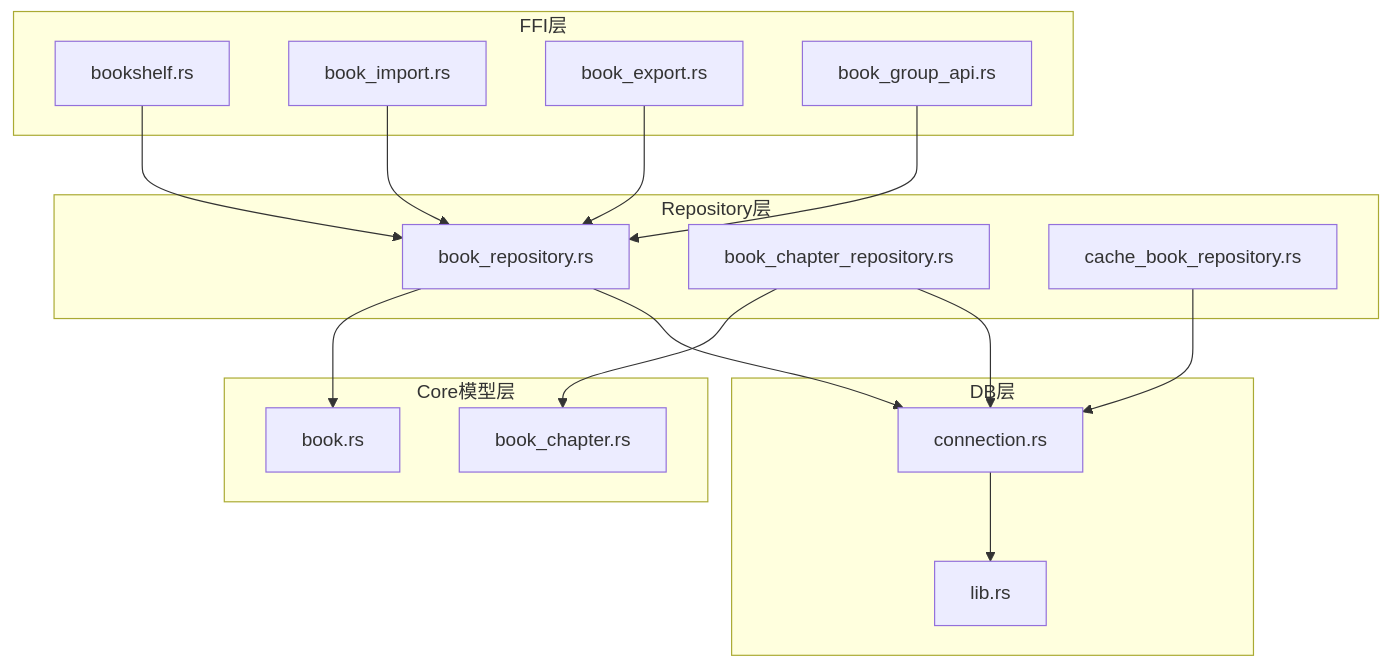
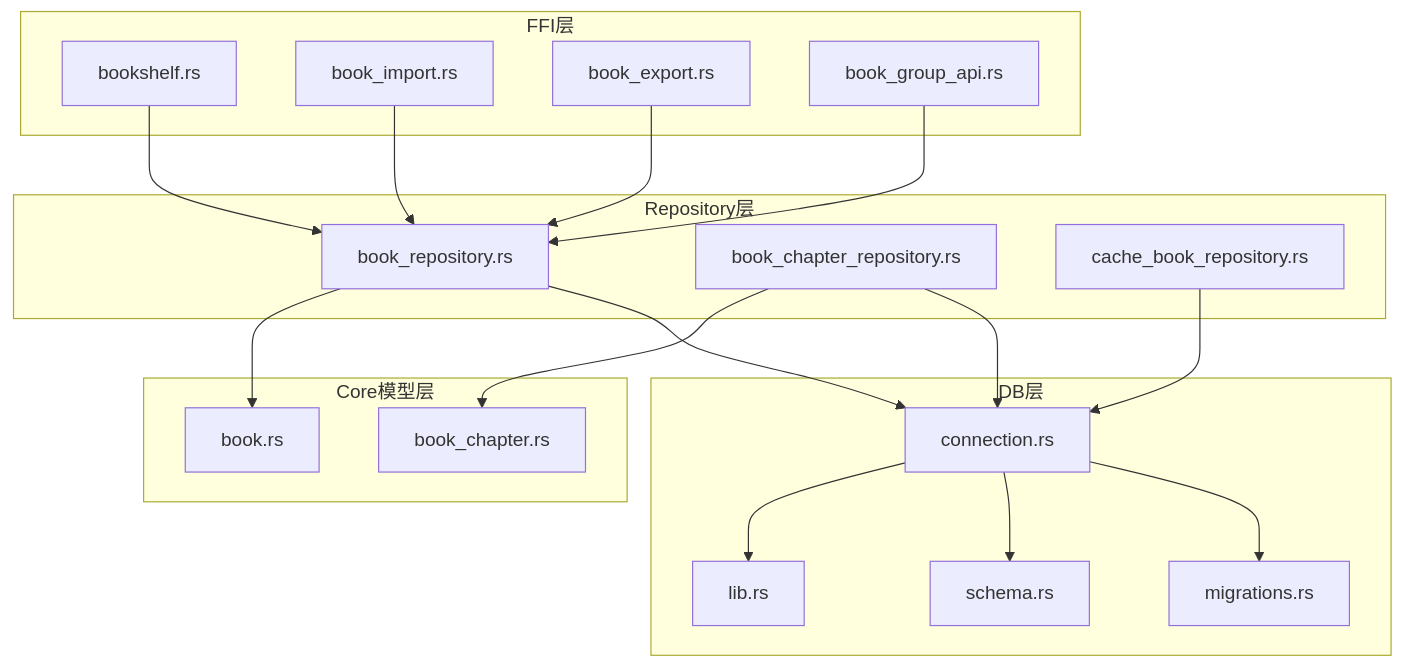
Before and after one commit to ZhangGHGitHub/LegadoTeamFlutter: the first of 7 diagrams in .qoder/repowiki/zh/content/Flutter跨平台应用/状态管理/书架Provider/书籍CRUD操作.md, drawn with Mermaid. The commit also changed other lines of this file and 173 other files, not shown here.

````diff
--- a/.qoder/repowiki/zh/content/Flutter跨平台应用/状态管理/书架Provider/书籍CRUD操作.md
+++ b/.qoder/repowiki/zh/content/Flutter跨平台应用/状态管理/书架Provider/书籍CRUD操作.md
@@ -41,32 +53,36 @@
 ```mermaid
 graph TB
 subgraph "FFI层"
 A["bookshelf.rs"]
 B["book_import.rs"]
 C["book_export.rs"]
 D["book_group_api.rs"]
 end
 subgraph "Repository层"
 E["book_repository.rs"]
 F["book_chapter_repository.rs"]
 G["cache_book_repository.rs"]
 end
 subgraph "Core模型层"
 H["book.rs"]
 I["book_chapter.rs"]
 end
 subgraph "DB层"
 J["connection.rs"]
 K["lib.rs"]
+L["schema.rs"]
+M["migrations.rs"]
 end
 A --> E
 B --> E
 C --> E
 D --> E
 E --> H
 F --> I
 E --> J
 F --> J
 G --> J
 J --> K
+J --> L
+J --> M
 ```
````
